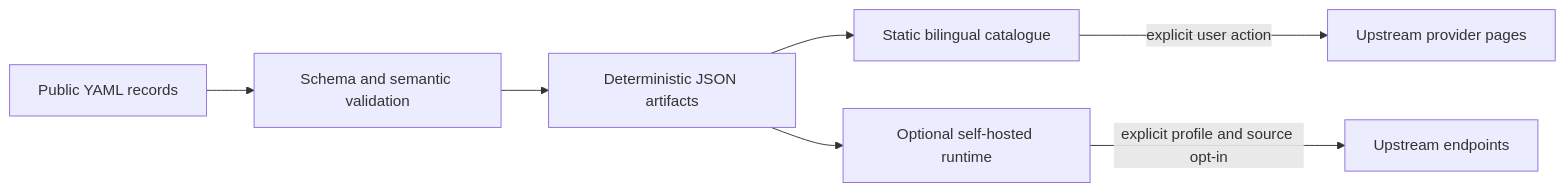
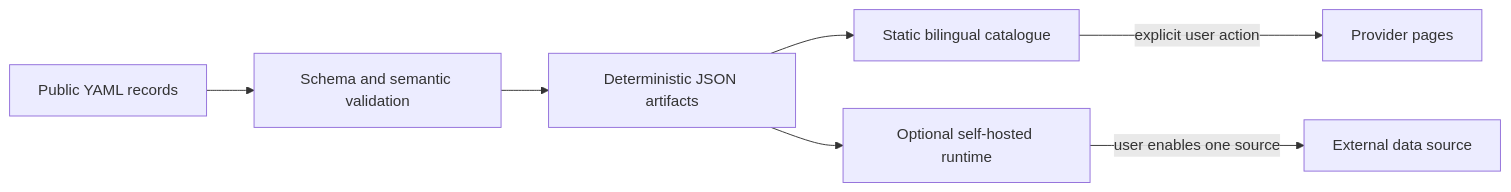
Before and after one commit to angusf777/hk-open-data: the diagram in docs/architecture/OVERVIEW.md, drawn with Mermaid. The commit also changed other lines of this file and 505 other files, not shown here.

````diff
--- a/docs/architecture/OVERVIEW.md
+++ b/docs/architecture/OVERVIEW.md
@@ -7,9 +7,9 @@
 ```mermaid
 flowchart LR
     Y[Public YAML records] --> V[Schema and semantic validation]
     V --> J[Deterministic JSON artifacts]
     J --> S[Static bilingual catalogue]
     J --> R[Optional self-hosted runtime]
-    S -->|explicit user action| U[Upstream provider pages]
-    R -->|explicit profile and source opt-in| P[Upstream endpoints]
+    S -->|explicit user action| U[Provider pages]
+    R -->|user enables one source| P[External data source]
 ```
````
